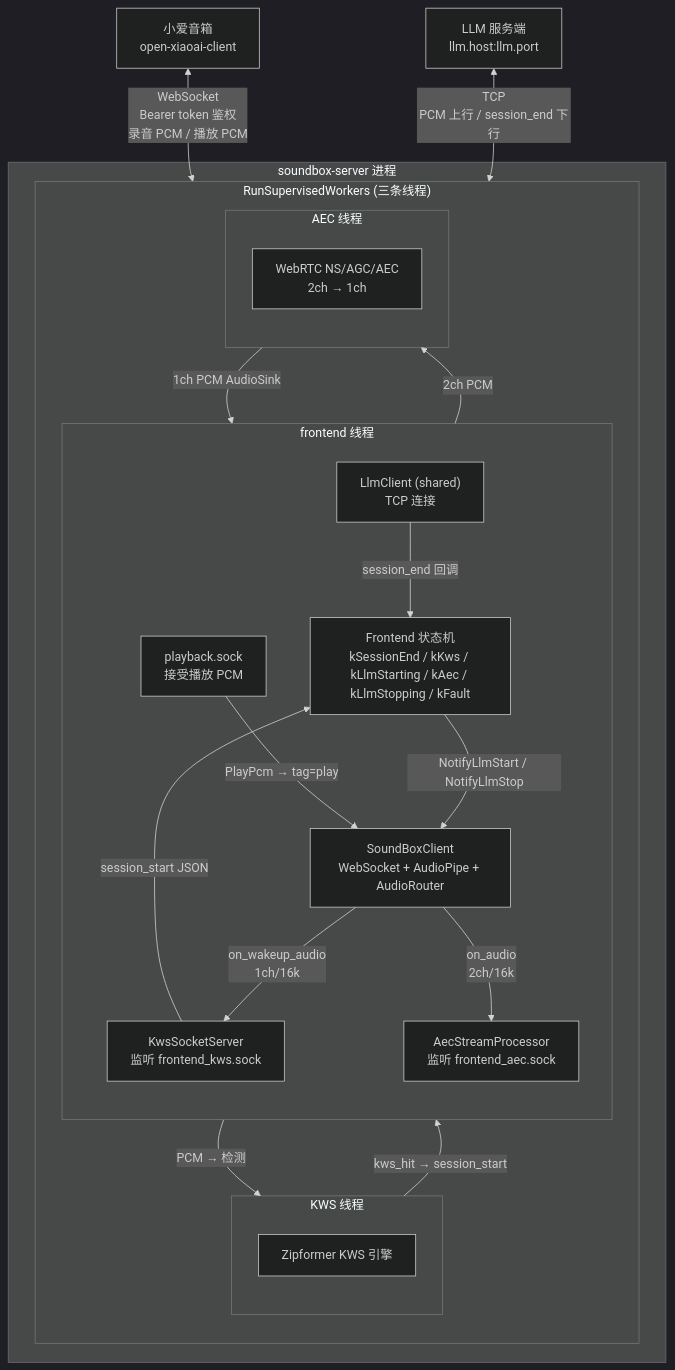
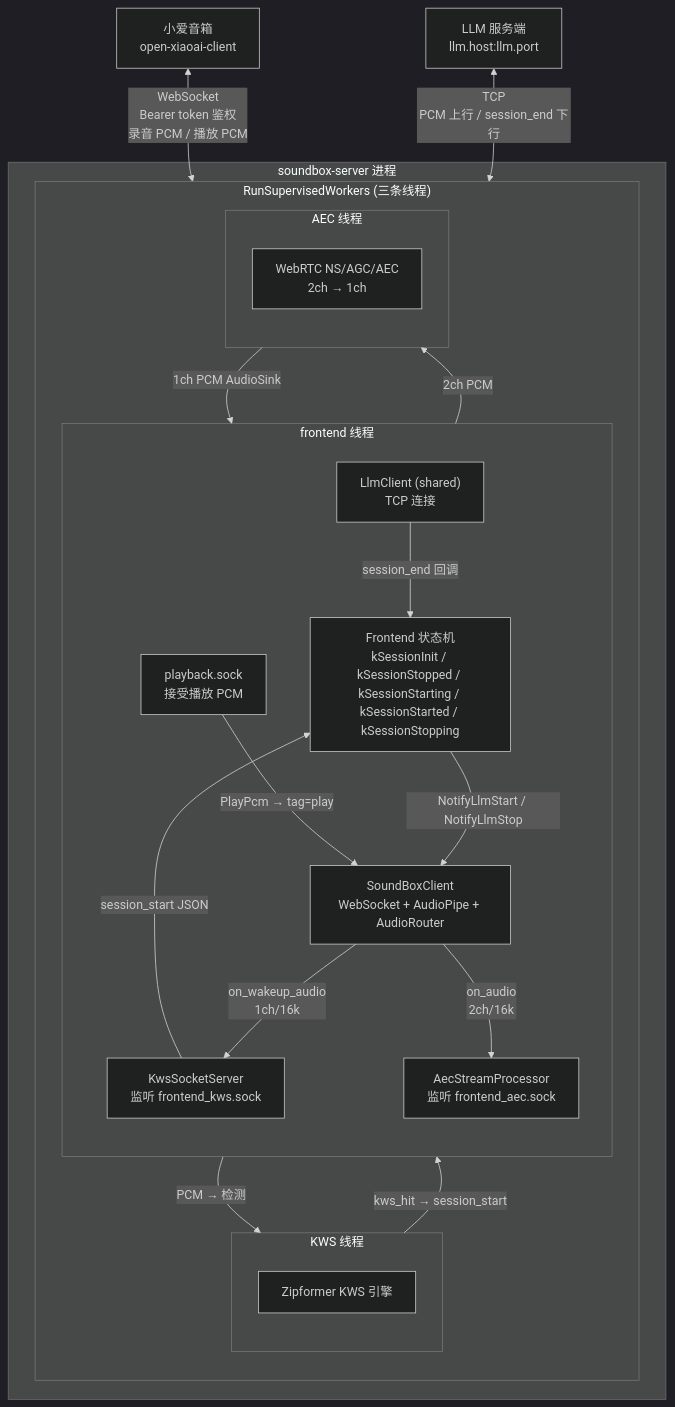
Before and after one commit to hengwu0/soundbox-server: the first of 5 diagrams in README.md, drawn with Mermaid (dark theme). The commit also changed other lines of this file and 3 other files, not shown here.

````diff
--- a/README.md
+++ b/README.md
@@ -7,44 +11,44 @@
 ```mermaid
 graph TB
     XIAOAI["小爱音箱<br/>open-xiaoai-client"]
 
     subgraph process["soundbox-server 进程"]
         subgraph supervisor["RunSupervisedWorkers (三条线程)"]
             direction TB
 
             subgraph frontend_thread["frontend 线程"]
                 direction TB
-                FSM["Frontend 状态机<br/>kSessionEnd / kKws / kLlmStarting / kAec / kLlmStopping / kFault"]
+                FSM["Frontend 状态机<br/>kSessionInit / kSessionStopped / kSessionStarting / kSessionStarted / kSessionStopping"]
                 SB["SoundBoxClient<br/>WebSocket + AudioPipe + AudioRouter"]
                 LLMC["LlmClient (shared)<br/>TCP 连接"]
                 PLAY["playback.sock<br/>接受播放 PCM"]
 
                 SB --> |"on_wakeup_audio<br/>1ch/16k"| KWS_SOCK
                 SB --> |"on_audio<br/>2ch/16k"| AEC_SOCK
                 KWS_SOCK --> |"session_start JSON"| FSM
                 FSM --> |"NotifyLlmStart / NotifyLlmStop"| SB
                 LLMC --> |"session_end 回调"| FSM
                 PLAY --> |"PlayPcm → tag=play"| SB
             end
 
             subgraph kws_thread["KWS 线程"]
                 direction TB
                 KWS_SOCK["KwsSocketServer<br/>监听 frontend_kws.sock"]
                 KWS_ENG["Zipformer KWS 引擎"]
                 KWS_SOCK --> |"PCM → 检测"| KWS_ENG
                 KWS_ENG --> |"kws_hit → session_start"| KWS_SOCK
             end
 
             subgraph aec_thread["AEC 线程"]
                 direction TB
                 AEC_SOCK["AecStreamProcessor<br/>监听 frontend_aec.sock"]
                 AEC_PROC["WebRTC NS/AGC/AEC<br/>2ch → 1ch"]
                 AEC_SOCK --> |"2ch PCM"| AEC_PROC
                 AEC_PROC --> |"1ch PCM AudioSink"| LLMC
             end
         end
     end
 
     XIAOAI <--> |"WebSocket<br/>Bearer token 鉴权<br/>录音 PCM / 播放 PCM"| SB
     LLMS["LLM 服务端<br/>llm.host:llm.port"] <--> |"TCP<br/>PCM 上行 / session_end 下行"| LLMC
 ```
````
